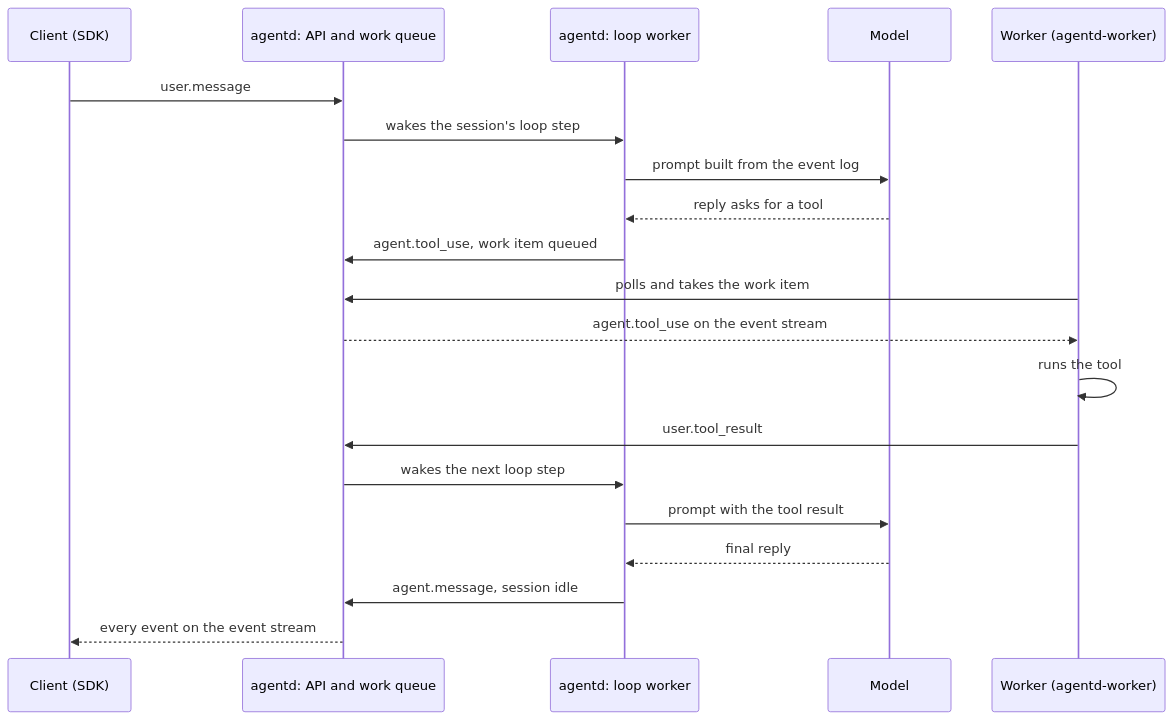
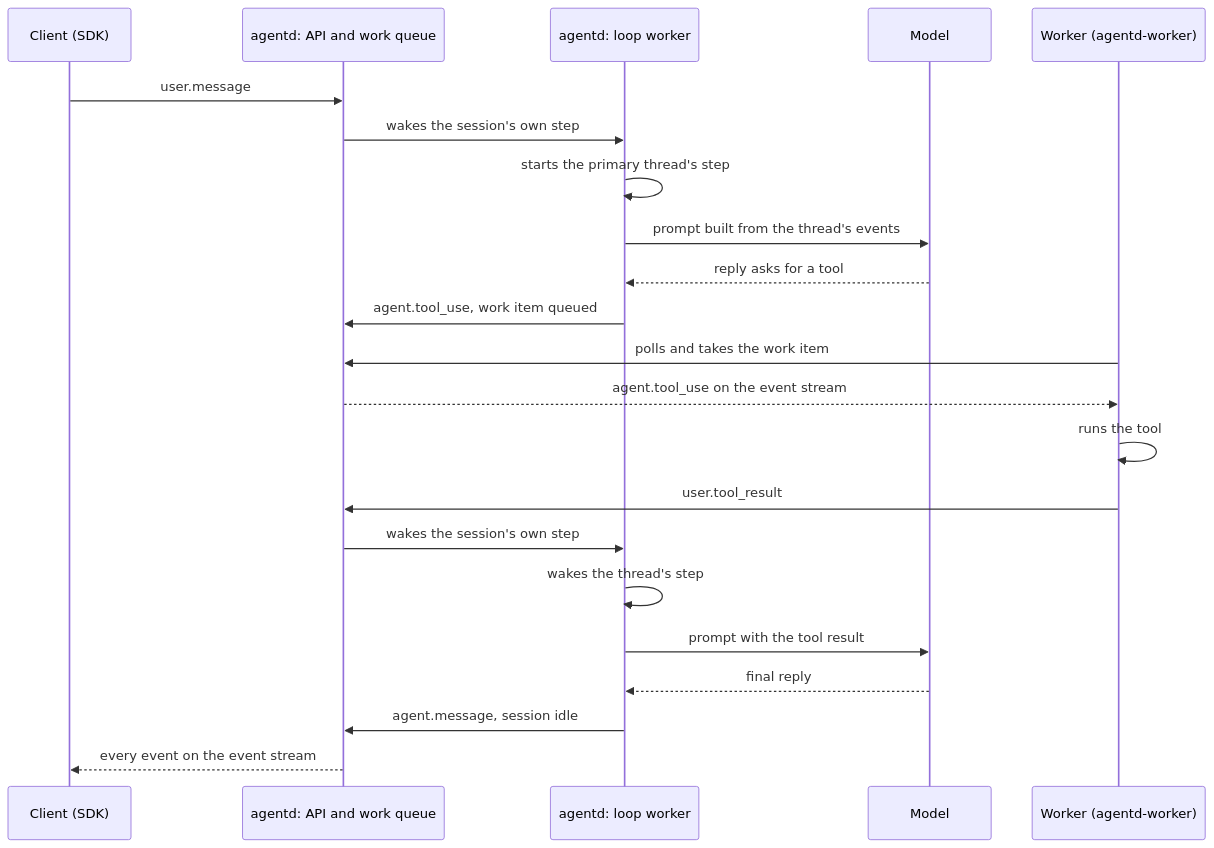
One commit to Elmanuel1/agentd changed the diagram in .specs/runtime-parity/overview.md. Above: the diagram before and after it, drawn with Mermaid. The commit also changed other lines of this file and 1 other file, not shown here.

Commit message:
docs(spec): CodeRabbit review of the runtime parity spec

````diff
--- a/.specs/runtime-parity/overview.md
+++ b/.specs/runtime-parity/overview.md
@@ -15,22 +15,24 @@
 ```mermaid
 sequenceDiagram
     participant C as Client (SDK)
     participant A as agentd: API and work queue
     participant L as agentd: loop worker
     participant M as Model
     participant W as Worker (agentd-worker)
     C->>A: user.message
-    A->>L: wakes the session's loop step
-    L->>M: prompt built from the event log
+    A->>L: wakes the session's own step
+    L->>L: starts the primary thread's step
+    L->>M: prompt built from the thread's events
     M-->>L: reply asks for a tool
     L->>A: agent.tool_use, work item queued
     W->>A: polls and takes the work item
     A-->>W: agent.tool_use on the event stream
     W->>W: runs the tool
     W->>A: user.tool_result
-    A->>L: wakes the next loop step
+    A->>L: wakes the session's own step
+    L->>L: wakes the thread's step
     L->>M: prompt with the tool result
     M-->>L: final reply
     L->>A: agent.message, session idle
     A-->>C: every event on the event stream
 ```
````
